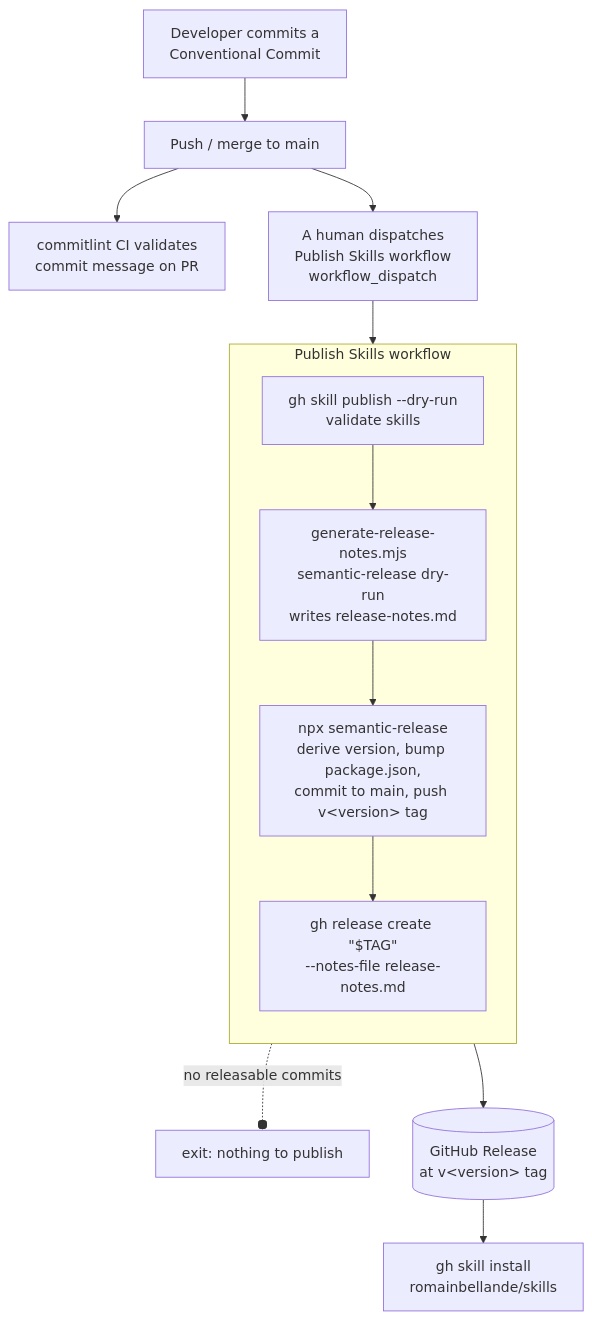
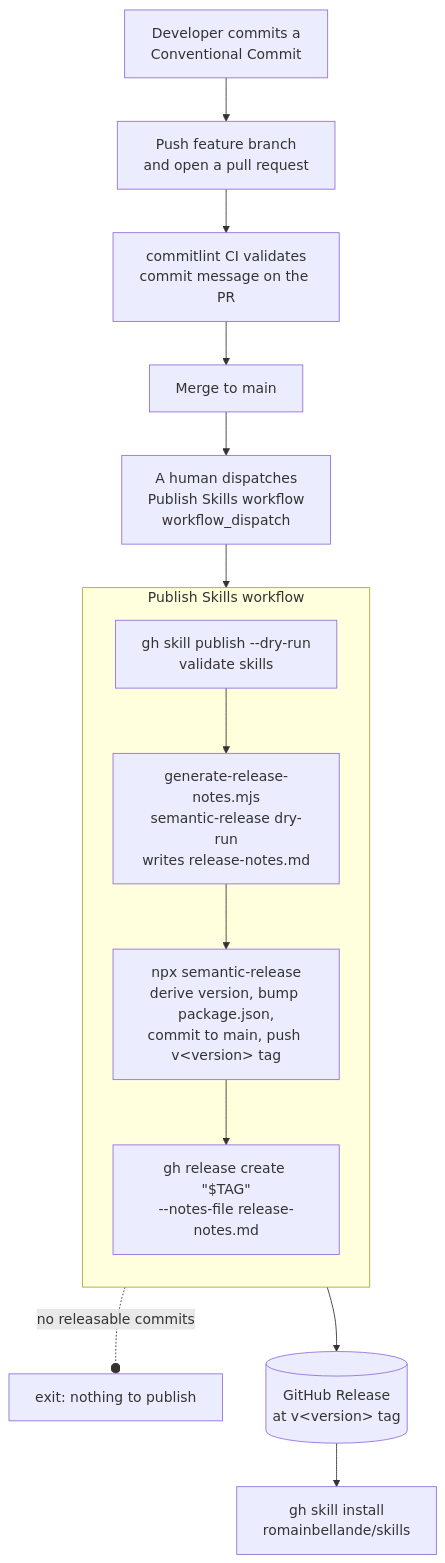
The diagram in docs/release-pipeline.md (romainbellande/skills), drawn with Mermaid before and after one commit.

Commit message:
docs: separate PR flow from manual release trigger in diagram

````diff
--- a/docs/release-pipeline.md
+++ b/docs/release-pipeline.md
@@ -13,20 +13,22 @@
 ```mermaid
 flowchart TD
-    C[Developer commits a<br/>Conventional Commit] --> P[Push / merge to main]
-    P --> L[commitlint CI validates<br/>commit message on PR]
-    P --> D[A human dispatches<br/>Publish Skills workflow<br/>workflow_dispatch]
+    C[Developer commits a<br/>Conventional Commit] --> B[Push feature branch<br/>and open a pull request]
+    B --> L[commitlint CI validates<br/>commit message on the PR]
+    L --> M[Merge to main]
+
+    M --> D[A human dispatches<br/>Publish Skills workflow<br/>workflow_dispatch]
 
     subgraph W[Publish Skills workflow]
         direction TB
         V[gh skill publish --dry-run<br/>validate skills]
         N[generate-release-notes.mjs<br/>semantic-release dry-run<br/>writes release-notes.md]
         S[npx semantic-release<br/>derive version, bump package.json,<br/>commit to main, push v&lt;version&gt; tag]
         R[gh release create &quot;$TAG&quot;<br/>--notes-file release-notes.md]
         V --> N --> S --> R
     end
 
     D --> W
     S -.no releasable commits.-o DONE[exit: nothing to publish]
     R --> REL[(GitHub Release<br/>at v&lt;version&gt; tag)]
     REL --> I[gh skill install<br/>romainbellande/skills]
 ```
````
